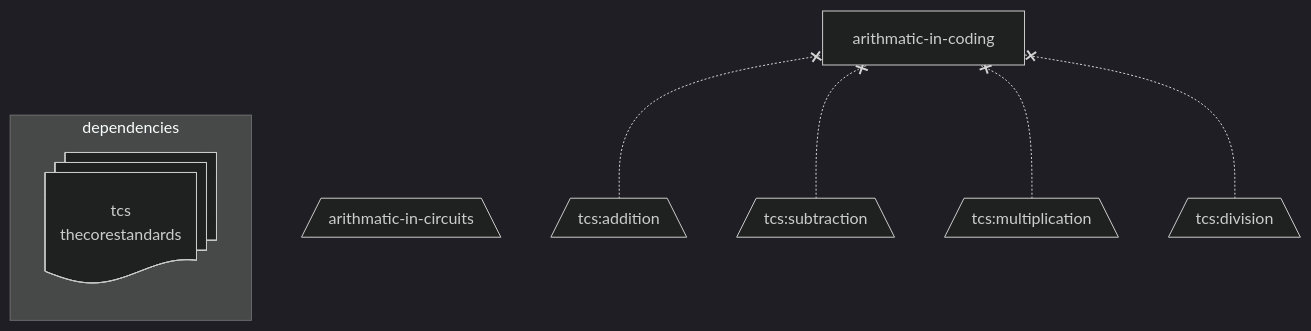
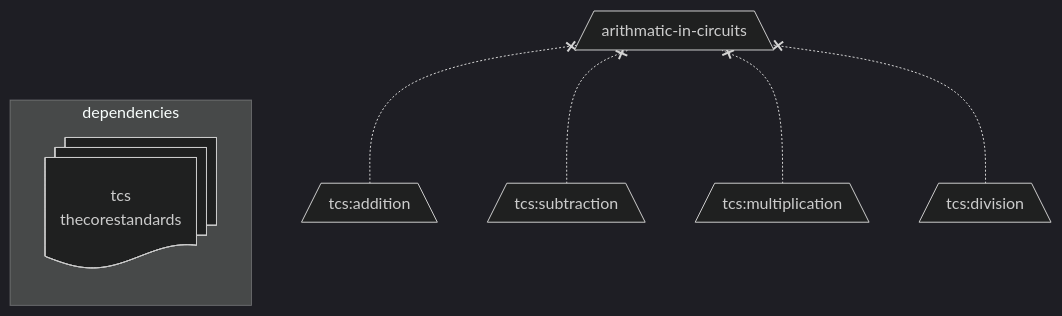
One commit to openproficiency/model changed the diagram in specs/topic-list.md. Above: the diagram before and after it, drawn with Mermaid (dark theme).

Commit message:
fix: typo in diagram

````diff
--- a/specs/topic-list.md
+++ b/specs/topic-list.md
@@ -46,15 +46,15 @@
 ```mermaid
 flowchart BT
 
   arithmatic-in-circuits[/"arithmatic-in-circuits"\]
 
-    addition[/"tcs:addition"\] -.-x arithmatic-in-coding
-    subtraction[/"tcs:subtraction"\] -.-x arithmatic-in-coding
-    multiplication[/"tcs:multiplication"\] -.-x arithmatic-in-coding
-    division[/"tcs:division"\] -.-x arithmatic-in-coding
+    addition[/"tcs:addition"\] -.-x arithmatic-in-circuits
+    subtraction[/"tcs:subtraction"\] -.-x arithmatic-in-circuits
+    multiplication[/"tcs:multiplication"\] -.-x arithmatic-in-circuits
+    division[/"tcs:division"\] -.-x arithmatic-in-circuits
 
   %% Dependencies
   subgraph dependencies
     thecorestandards@{ shape: docs, label: "tcs<br/>thecorestandards" }
   end
 ```
````
